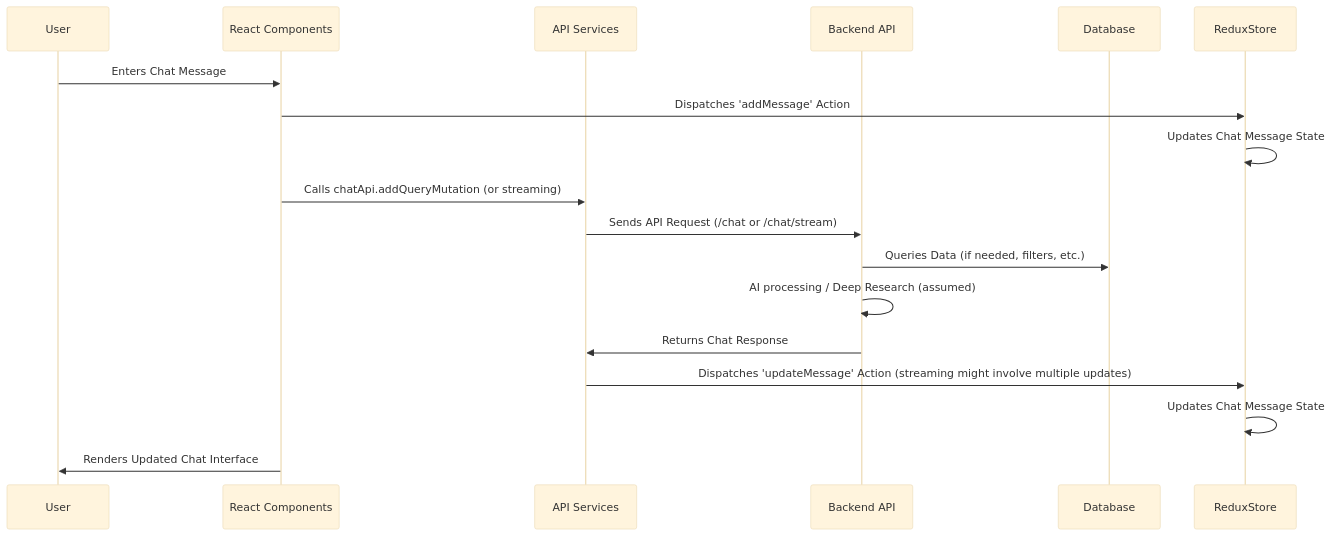
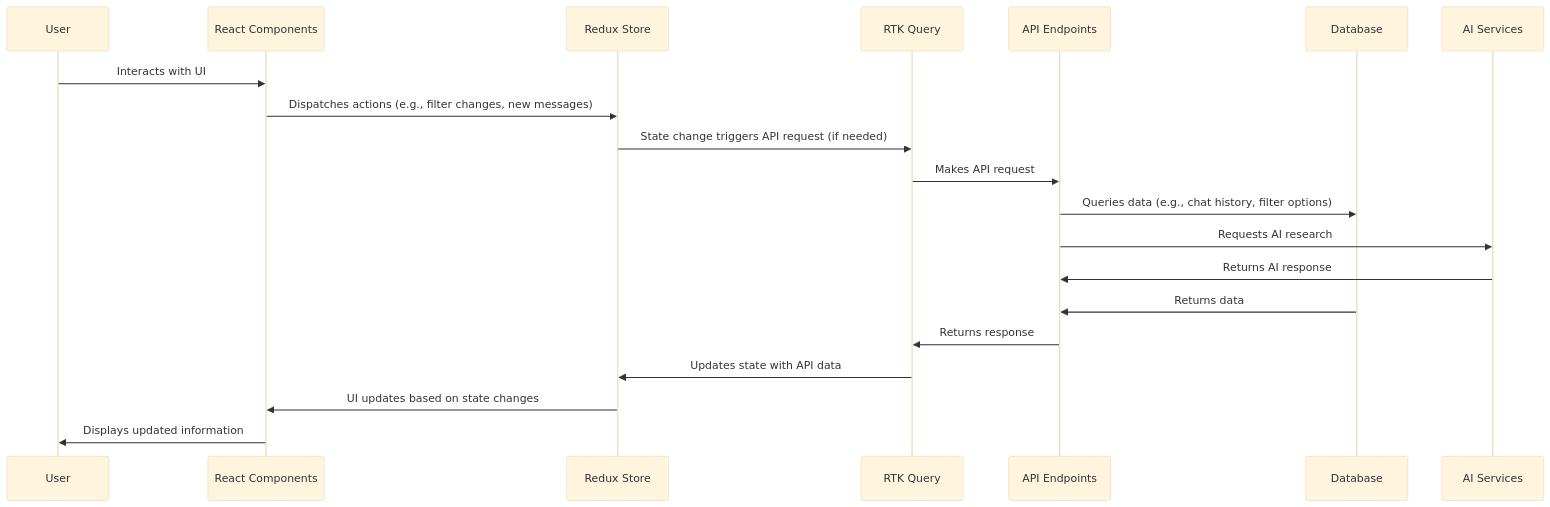
One commit to JaberHPranto/code-sage changed the second of 2 diagrams in src/lib/output.md. Above: the diagram before and after it, drawn with Mermaid (base theme). The commit also changed other lines of this file and 7 other files, not shown here.

````diff
--- a/src/lib/output.md
+++ b/src/lib/output.md
@@ -75,20 +97,23 @@
 ```mermaid
 sequenceDiagram
     participant User
     participant ReactComponents as React Components
-    participant APIServices as API Services
-    participant BackendAPI as Backend API
+    participant ReduxStore as Redux Store
+    participant RTKQuery as RTK Query
+    participant APIEndpoints as API Endpoints
     participant Database
+    participant AIServices as AI Services
 
-    User->>ReactComponents: Enters Chat Message
-    ReactComponents->>ReduxStore: Dispatches 'addMessage' Action
-    ReduxStore->>ReduxStore: Updates Chat Message State
-    ReactComponents->>APIServices: Calls chatApi.addQueryMutation (or streaming)
-    APIServices->>BackendAPI: Sends API Request (/chat or /chat/stream)
-    BackendAPI->>Database: Queries Data (if needed, filters, etc.)
-    BackendAPI->>BackendAPI: AI processing / Deep Research (assumed)
-    BackendAPI->>APIServices: Returns Chat Response
-    APIServices->>ReduxStore: Dispatches 'updateMessage' Action (streaming might involve multiple updates)
-    ReduxStore->>ReduxStore: Updates Chat Message State
-    ReactComponents->>User: Renders Updated Chat Interface
+    User->>ReactComponents: Interacts with UI
+    ReactComponents->>ReduxStore: Dispatches actions (e.g., filter changes, new messages)
+    ReduxStore->>RTKQuery: State change triggers API request (if needed)
+    RTKQuery->>APIEndpoints: Makes API request
+    APIEndpoints->>Database: Queries data (e.g., chat history, filter options)
+    APIEndpoints->>AIServices: Requests AI research
+    AIServices->>APIEndpoints: Returns AI response
+    Database->>APIEndpoints: Returns data
+    APIEndpoints->>RTKQuery: Returns response
+    RTKQuery->>ReduxStore: Updates state with API data
+    ReduxStore->>ReactComponents: UI updates based on state changes
+    ReactComponents->>User: Displays updated information
 ```
````
